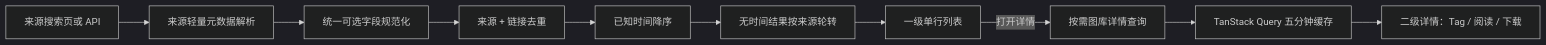
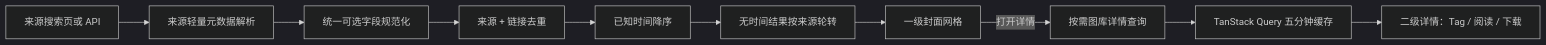
One commit to qumingzizhen/shuang-kan-ss-manga changed the diagram in docs/search-result-hierarchy-and-sorting-2026-07-26.md. Above: the diagram before and after it, drawn with Mermaid (dark theme). The commit also changed other lines of this file and 6 other files, not shown here.

````diff
--- a/docs/search-result-hierarchy-and-sorting-2026-07-26.md
+++ b/docs/search-result-hierarchy-and-sorting-2026-07-26.md
@@ -24,12 +24,12 @@
 ```mermaid
 flowchart LR
     S["来源搜索页或 API"] --> P["来源轻量元数据解析"]
     P --> N["统一可选字段规范化"]
     N --> D["来源 + 链接去重"]
     D --> O["已知时间降序"]
     O --> R["无时间结果按来源轮转"]
-    R --> L["一级单行列表"]
+    R --> L["一级封面网格"]
     L -->|打开详情| Q["按需图库详情查询"]
     Q --> C["TanStack Query 五分钟缓存"]
     C --> T["二级详情：Tag / 阅读 / 下载"]
 ```
````
